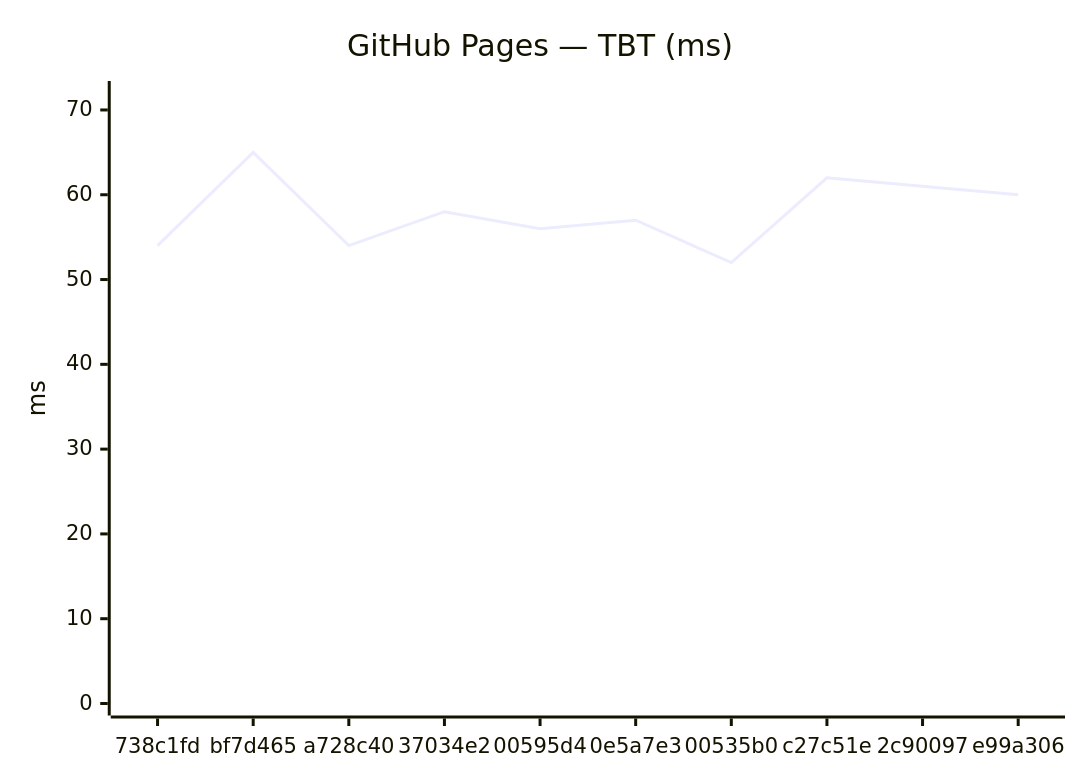
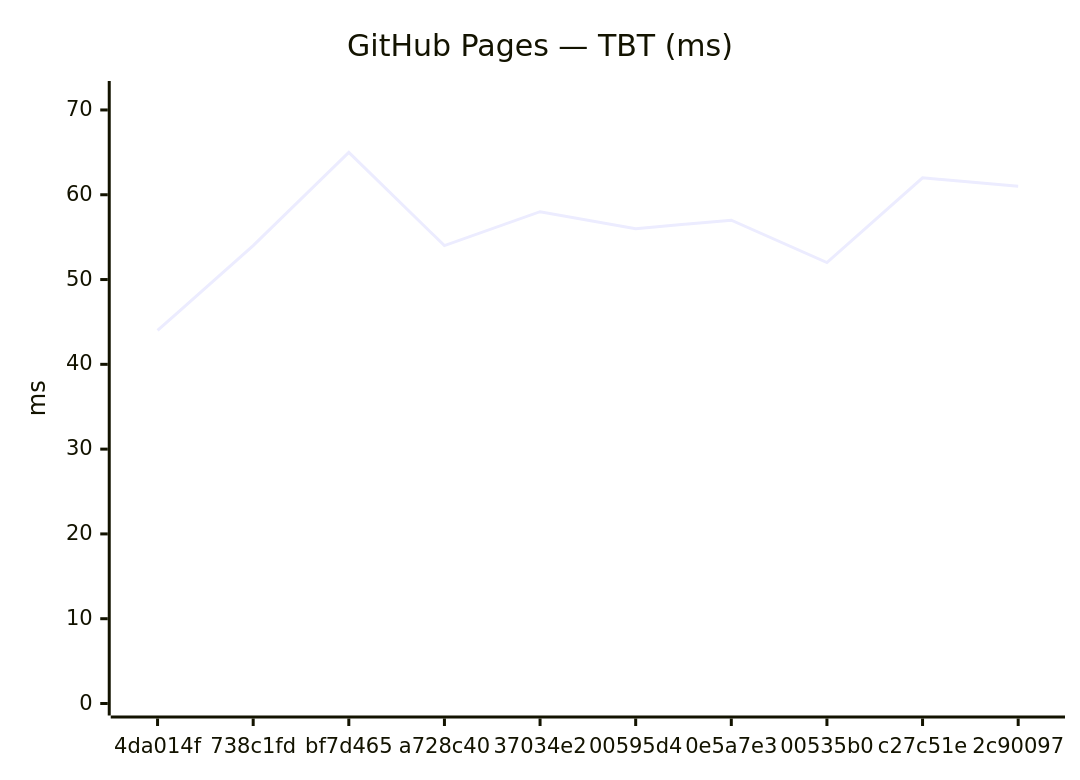
Before and after one commit to Metaheurist/Rianell: the fourth of 24 diagrams in benchmarks/compare.md, drawn with Mermaid. The commit also changed other lines of this file and 13 other files, not shown here.

````diff
--- a/benchmarks/compare.md
+++ b/benchmarks/compare.md
@@ -61,7 +61,7 @@
 ```mermaid
 xychart-beta
     title "GitHub Pages — TBT (ms)"
-    x-axis ["738c1fd", "bf7d465", "a728c40", "37034e2", "00595d4", "0e5a7e3", "00535b0", "c27c51e", "2c90097", "e99a306"]
+    x-axis ["4da014f", "738c1fd", "bf7d465", "a728c40", "37034e2", "00595d4", "0e5a7e3", "00535b0", "c27c51e", "2c90097"]
     y-axis "ms" 0 --> 72
-    line [54, 65, 54, 58, 56, 57, 52, 62, 61, 60]
+    line [44, 54, 65, 54, 58, 56, 57, 52, 62, 61]
 ```
````
